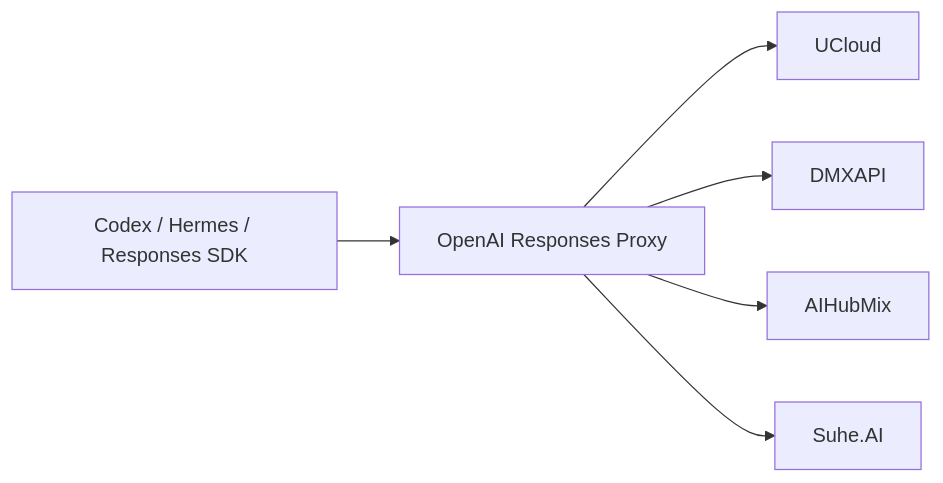
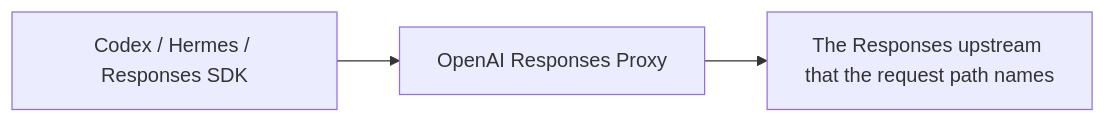
Before and after one commit to HengYangDS/openai-responses-proxy: the diagram in README.md, drawn with Mermaid. The commit also changed other lines of this file and 14 other files, not shown here.

````diff
--- a/README.md
+++ b/README.md
@@ -15,8 +14,5 @@
 ```mermaid
 flowchart LR
     C["Codex / Hermes / Responses SDK"] --> P["OpenAI Responses Proxy"]
-    P --> U["UCloud"]
-    P --> D["DMXAPI"]
-    P --> A["AIHubMix"]
-    P --> S["Suhe.AI"]
+    P --> U["The Responses upstream that the request path names"]
 ```
````
